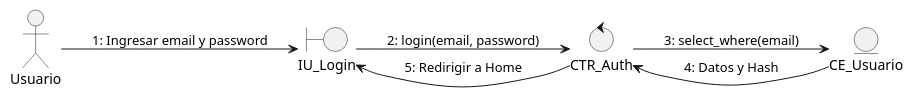
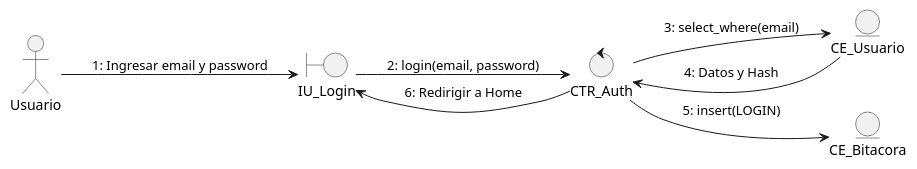
One commit to INGvainilla/grulacOFICIAL changed diagram 21 of 42 in PROYECTO-MAIN/oficial/OFICIAL.md. Above: the diagram before and after it, drawn with PlantUML. The commit also changed other lines of this file and 17 other files, not shown here.

````diff
--- a/PROYECTO-MAIN/oficial/OFICIAL.md
+++ b/PROYECTO-MAIN/oficial/OFICIAL.md
@@ -2251,15 +2359,17 @@
 ```plantuml
 @startuml DCom_CU01
 left to right direction
 skinparam backgroundColor transparent
 actor "Usuario" as Actor
 boundary "IU_Login" as IU
 control "CTR_Auth" as CTR
 entity "CE_Usuario" as ENT
+entity "CE_Bitacora" as ENT2
 Actor --> IU : 1: Ingresar email y password
 IU --> CTR : 2: login(email, password)
 CTR --> ENT : 3: select_where(email)
 ENT --> CTR : 4: Datos y Hash
-CTR --> IU : 5: Redirigir a Home
+CTR --> ENT2 : 5: insert(LOGIN)
+CTR --> IU : 6: Redirigir a Home
 @enduml
 ```
````
